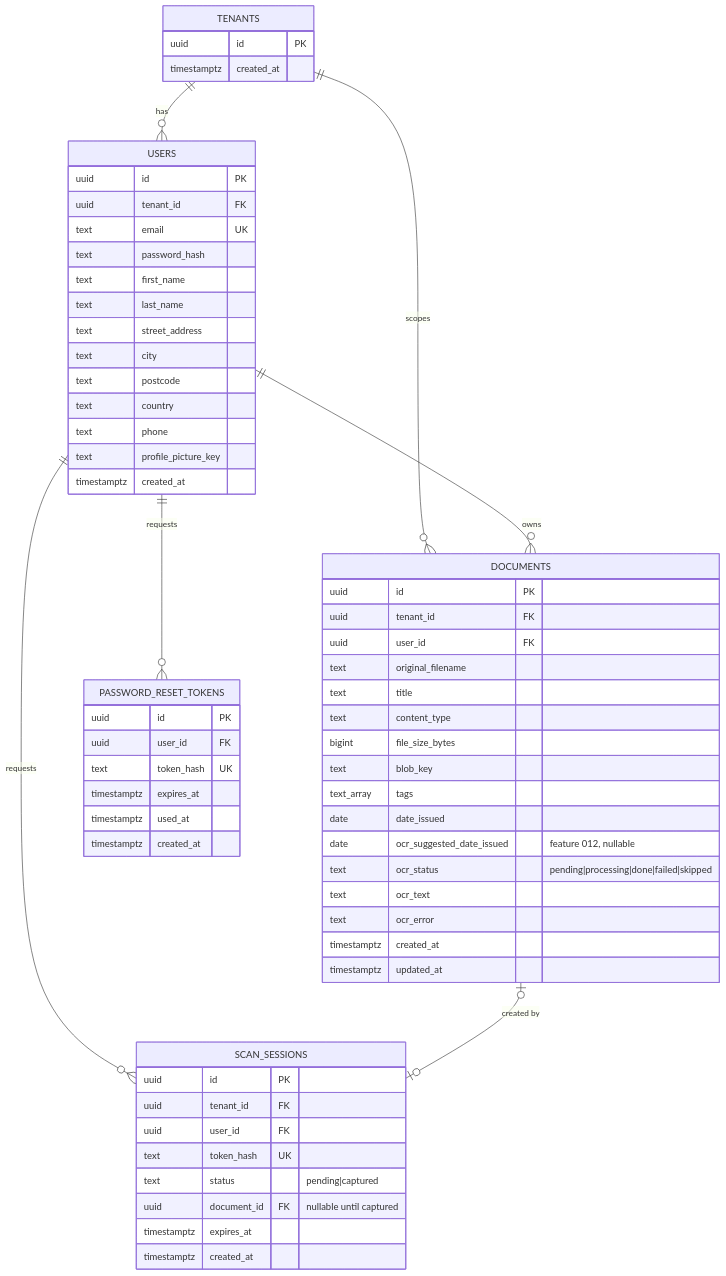
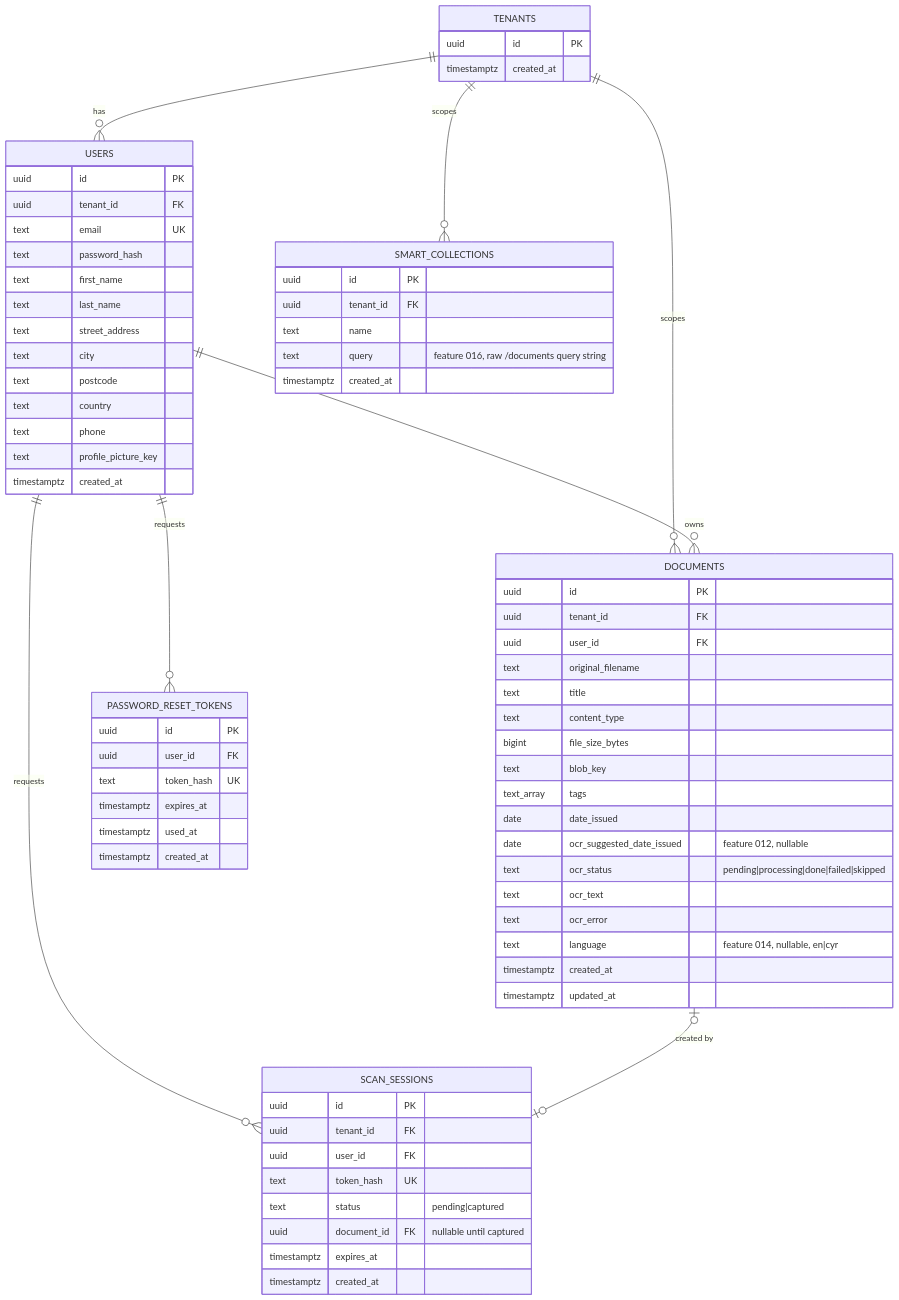
One commit to yaremam/docuflow changed the third of 3 diagrams in docs/ARCHITECTURE.md. Above: the diagram before and after it, drawn with Mermaid. The commit also changed other lines of this file and 58 other files, not shown here.

First line of the commit message:
Add reprocess OCR, language field, smart filters, and saved collections (features 013-019)

````diff
--- a/docs/ARCHITECTURE.md
+++ b/docs/ARCHITECTURE.md
@@ -134,65 +160,74 @@
 ```mermaid
 erDiagram
     TENANTS ||--o{ USERS : "has"
     TENANTS ||--o{ DOCUMENTS : "scopes"
+    TENANTS ||--o{ SMART_COLLECTIONS : "scopes"
     USERS ||--o{ DOCUMENTS : "owns"
     USERS ||--o{ PASSWORD_RESET_TOKENS : "requests"
     USERS ||--o{ SCAN_SESSIONS : "requests"
     DOCUMENTS |o--o| SCAN_SESSIONS : "created by"
 
     TENANTS {
         uuid id PK
         timestamptz created_at
     }
     USERS {
         uuid id PK
         uuid tenant_id FK
         text email UK
         text password_hash
         text first_name
         text last_name
         text street_address
         text city
         text postcode
         text country
         text phone
         text profile_picture_key
         timestamptz created_at
     }
     PASSWORD_RESET_TOKENS {
         uuid id PK
         uuid user_id FK
         text token_hash UK
         timestamptz expires_at
         timestamptz used_at
         timestamptz created_at
     }
     DOCUMENTS {
         uuid id PK
         uuid tenant_id FK
         uuid user_id FK
         text original_filename
         text title
         text content_type
         bigint file_size_bytes
         text blob_key
         text_array tags
         date date_issued
         date ocr_suggested_date_issued "feature 012, nullable"
         text ocr_status "pending|processing|done|failed|skipped"
         text ocr_text
         text ocr_error
+        text language "feature 014, nullable, en|cyr"
         timestamptz created_at
         timestamptz updated_at
     }
     SCAN_SESSIONS {
         uuid id PK
         uuid tenant_id FK
         uuid user_id FK
         text token_hash UK
         text status "pending|captured"
         uuid document_id FK "nullable until captured"
         timestamptz expires_at
         timestamptz created_at
     }
+    SMART_COLLECTIONS {
+        uuid id PK
+        uuid tenant_id FK
+        text name
+        text query "feature 016, raw /documents query string"
+        timestamptz created_at
+    }
 ```
````
